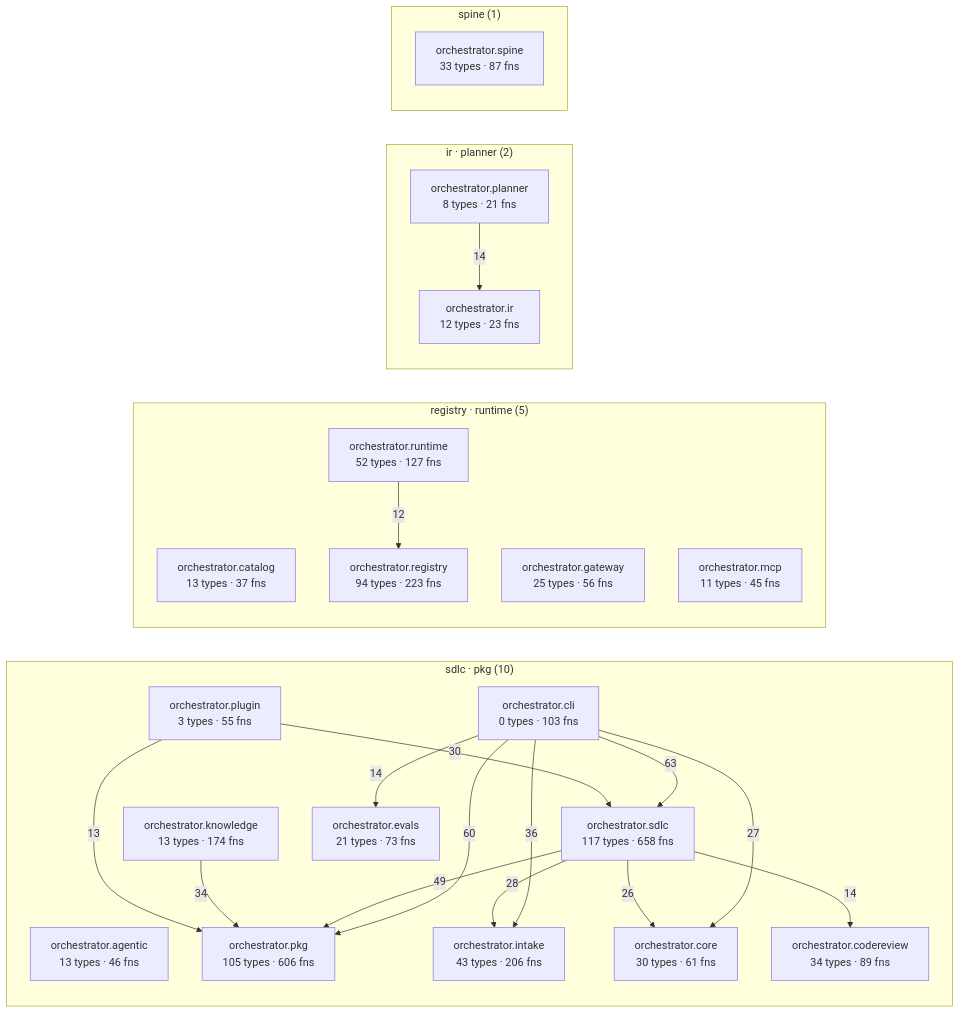
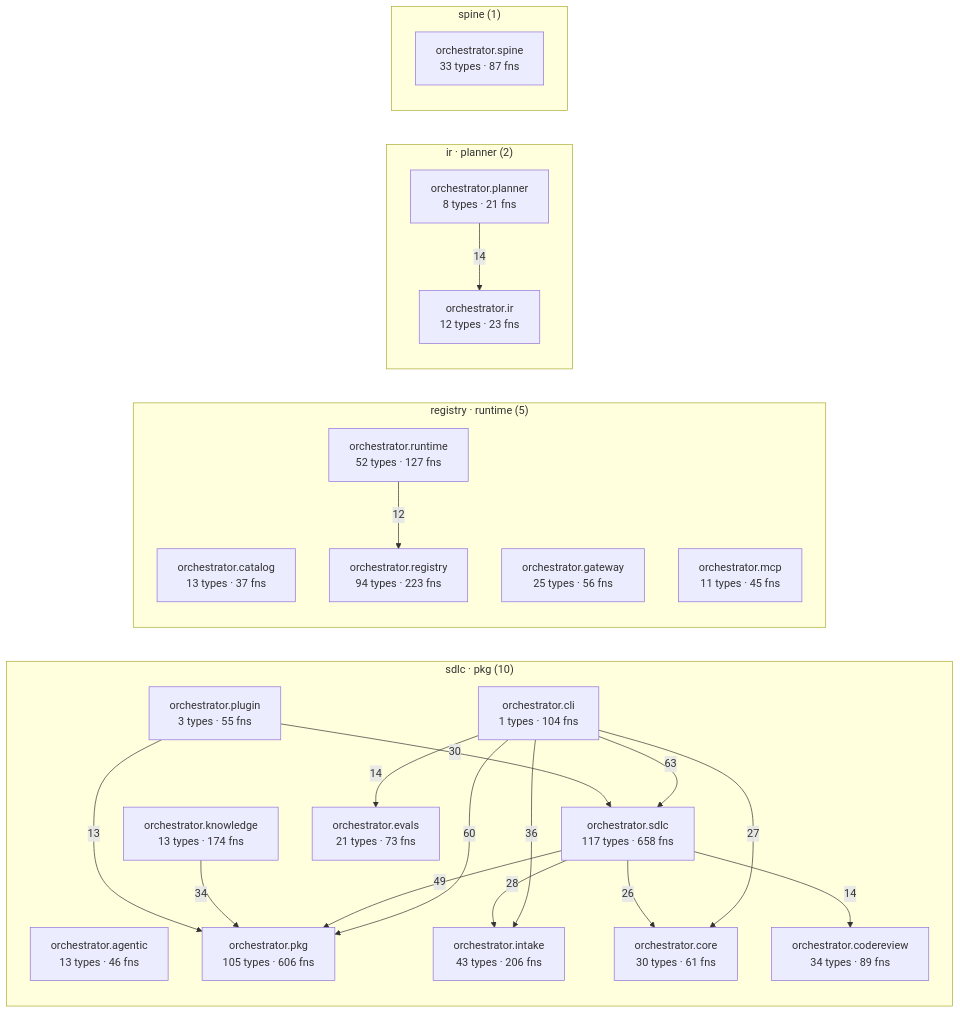
One commit to synaptixs/spine changed the diagram in episteme/architecture.md. Above: the diagram before and after it, drawn with Mermaid. The commit also changed other lines of this file and 22 other files, not shown here.

````diff
--- a/episteme/architecture.md
+++ b/episteme/architecture.md
@@ -54,43 +54,43 @@
 ```mermaid
 flowchart LR
   subgraph c_2["sdlc · pkg (10)"]
     aorchestratoragentic["orchestrator.agentic<br/>13 types · 46 fns"]
-    aorchestratorcli["orchestrator.cli<br/>0 types · 103 fns"]
+    aorchestratorcli["orchestrator.cli<br/>1 types · 104 fns"]
     aorchestratorcodereview["orchestrator.codereview<br/>34 types · 89 fns"]
     aorchestratorcore["orchestrator.core<br/>30 types · 61 fns"]
     aorchestratorevals["orchestrator.evals<br/>21 types · 73 fns"]
     aorchestratorintake["orchestrator.intake<br/>43 types · 206 fns"]
     aorchestratorknowledge["orchestrator.knowledge<br/>13 types · 174 fns"]
     aorchestratorpkg["orchestrator.pkg<br/>105 types · 606 fns"]
     aorchestratorplugin["orchestrator.plugin<br/>3 types · 55 fns"]
     aorchestratorsdlc["orchestrator.sdlc<br/>117 types · 658 fns"]
   end
   subgraph c_4["registry · runtime (5)"]
     aorchestratorcatalog["orchestrator.catalog<br/>13 types · 37 fns"]
     aorchestratorgateway["orchestrator.gateway<br/>25 types · 56 fns"]
     aorchestratormcp["orchestrator.mcp<br/>11 types · 45 fns"]
     aorchestratorregistry["orchestrator.registry<br/>94 types · 223 fns"]
     aorchestratorruntime["orchestrator.runtime<br/>52 types · 127 fns"]
   end
   subgraph c_7["ir · planner (2)"]
     aorchestratorir["orchestrator.ir<br/>12 types · 23 fns"]
     aorchestratorplanner["orchestrator.planner<br/>8 types · 21 fns"]
   end
   subgraph c_10["spine (1)"]
     aorchestratorspine["orchestrator.spine<br/>33 types · 87 fns"]
   end
   aorchestratorcli -->|63| aorchestratorsdlc
   aorchestratorcli -->|60| aorchestratorpkg
   aorchestratorsdlc -->|49| aorchestratorpkg
   aorchestratorcli -->|36| aorchestratorintake
   aorchestratorknowledge -->|34| aorchestratorpkg
   aorchestratorplugin -->|30| aorchestratorsdlc
   aorchestratorsdlc -->|28| aorchestratorintake
   aorchestratorcli -->|27| aorchestratorcore
   aorchestratorsdlc -->|26| aorchestratorcore
   aorchestratorcli -->|14| aorchestratorevals
   aorchestratorplanner -->|14| aorchestratorir
   aorchestratorsdlc -->|14| aorchestratorcodereview
   aorchestratorplugin -->|13| aorchestratorpkg
   aorchestratorruntime -->|12| aorchestratorregistry
 ```
````
